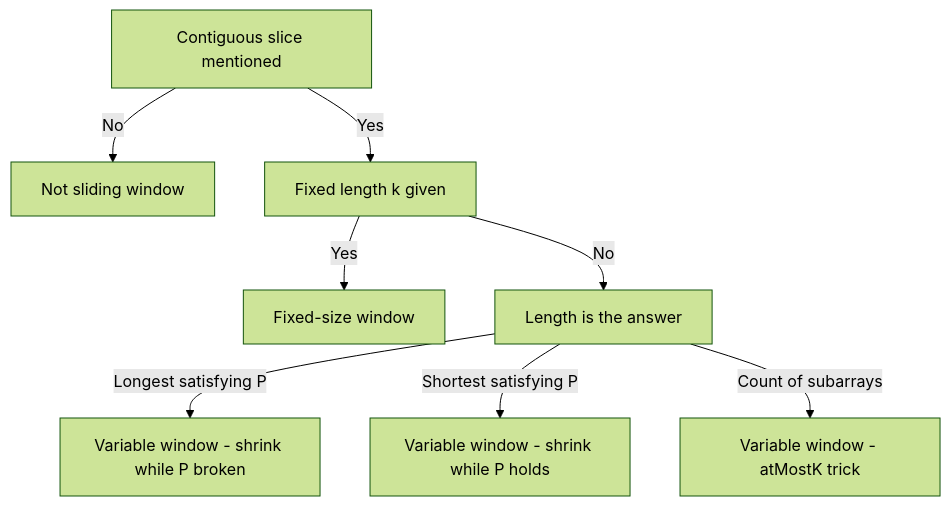
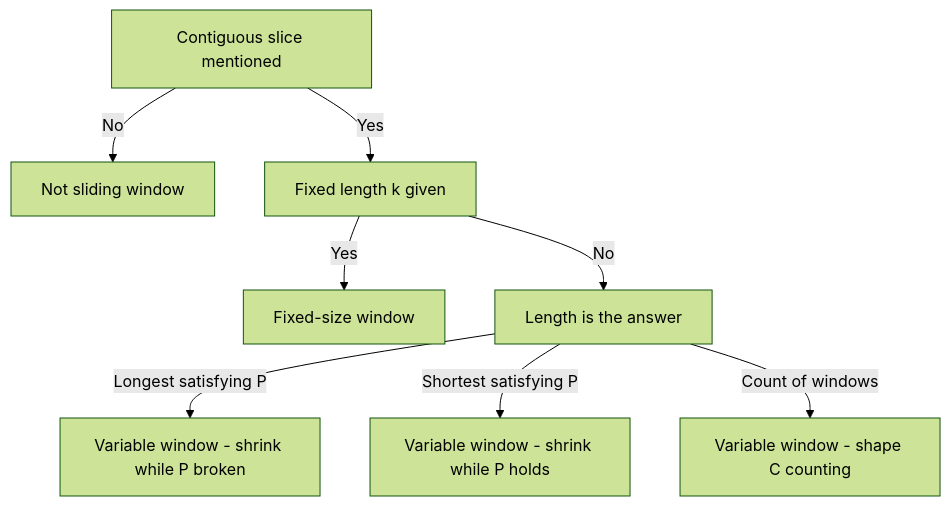
Before and after one commit to CODECRUNCHWORLDWIDE/C2-CrunchTime-The-Code: the diagram in curriculum/week-03-sliding-window/lecture-notes/01-the-sliding-window-pattern.md, drawn with Mermaid (forest theme). The commit also changed other lines of this file and 793 other files, not shown here.

````diff
--- a/curriculum/week-03-sliding-window/lecture-notes/01-the-sliding-window-pattern.md
+++ b/curriculum/week-03-sliding-window/lecture-notes/01-the-sliding-window-pattern.md
@@ -331,10 +343,10 @@
 ```mermaid
 flowchart TD
   A["Contiguous slice mentioned"] -->|No| B["Not sliding window"]
   A -->|Yes| C["Fixed length k given"]
   C -->|Yes| D["Fixed-size window"]
   C -->|No| E["Length is the answer"]
   E -->|Longest satisfying P| F["Variable window - shrink while P broken"]
   E -->|Shortest satisfying P| G["Variable window - shrink while P holds"]
-  E -->|Count of subarrays| H["Variable window - atMostK trick"]
+  E -->|Count of windows| H["Variable window - shape C counting"]
 ```
````
